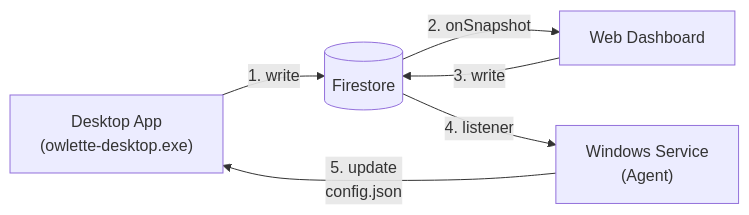
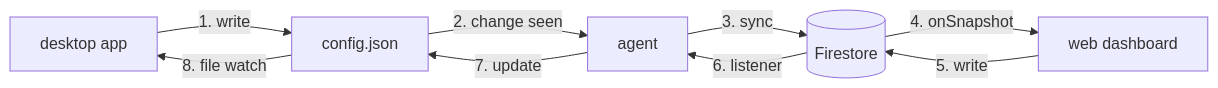
The fifth of 11 diagrams in web/content/docs/architecture.mdx (tridant-io/owlette), drawn with Mermaid before and after one commit. The commit also changed other lines of this file and 98 other files, not shown here.

````diff
--- a/web/content/docs/architecture.mdx
+++ b/web/content/docs/architecture.mdx
@@ -161,8 +264,11 @@
 ```mermaid
 flowchart LR
-    App["Desktop App\n(owlette-desktop.exe)"] -->|"1. write"| FS[("Firestore")]
-    FS -->|"2. onSnapshot"| Dashboard["Web Dashboard"]
-    Dashboard -->|"3. write"| FS
-    FS -->|"4. listener"| Agent["Windows Service\n(Agent)"]
-    Agent -->|"5. update\nconfig.json"| App
+    App["desktop app"] -->|"1. write"| Config["config.json"]
+    Config -->|"2. change seen"| Agent["agent"]
+    Agent -->|"3. sync"| FS[("Firestore")]
+    FS -->|"4. onSnapshot"| Dashboard["web dashboard"]
+    Dashboard -->|"5. write"| FS
+    FS -->|"6. listener"| Agent
+    Agent -->|"7. update"| Config
+    Config -->|"8. file watch"| App
 ```
````
